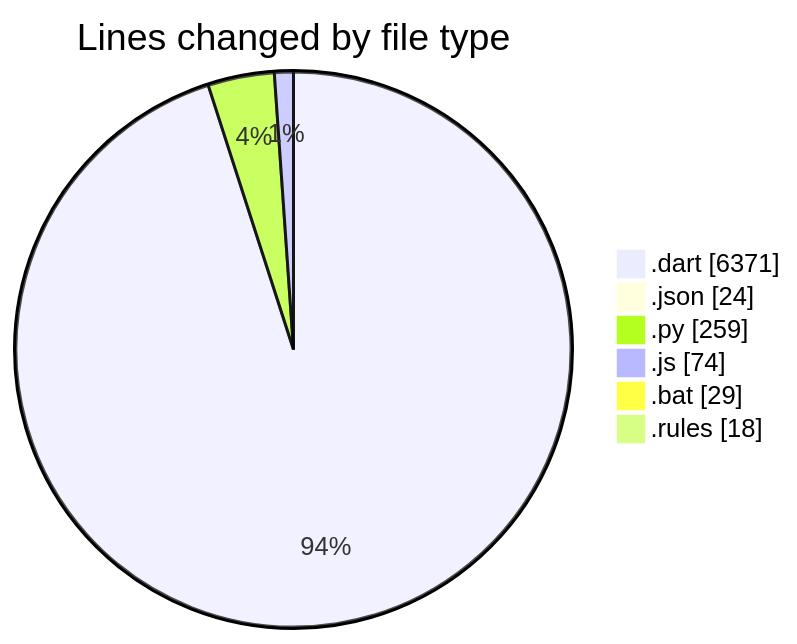
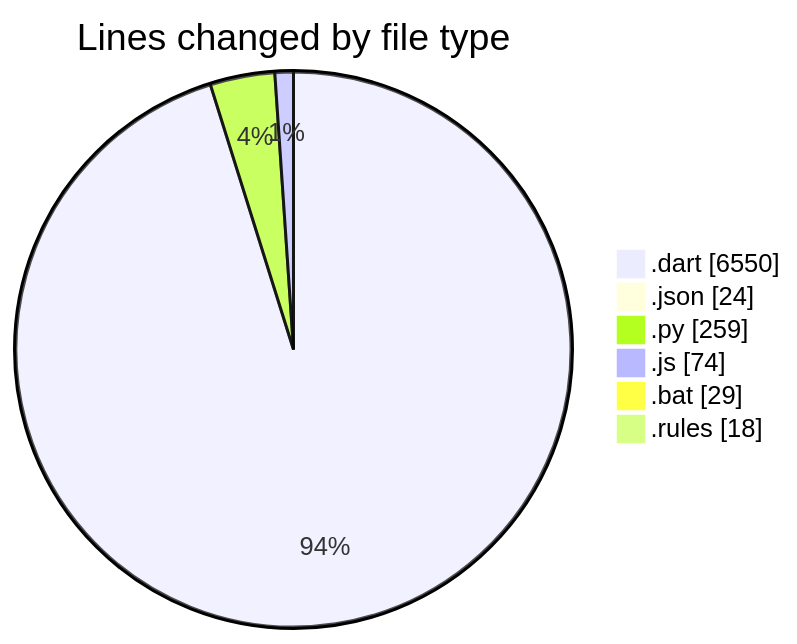
Before and after one commit to lephambinh05/code-tracking: the first of 2 diagrams in 2025-08-04/studybuddy/README.md, drawn with Mermaid. The commit also changed other lines of this file and 1 other file, not shown here.

````diff
--- a/2025-08-04/studybuddy/README.md
+++ b/2025-08-04/studybuddy/README.md
@@ -53,10 +53,10 @@
 ```mermaid
 pie showData
 title Lines changed by file type
-".dart" : 6371
+".dart" : 6550
 ".json" : 24
 ".py" : 259
 ".js" : 74
 ".bat" : 29
 ".rules" : 18
 ```
````
